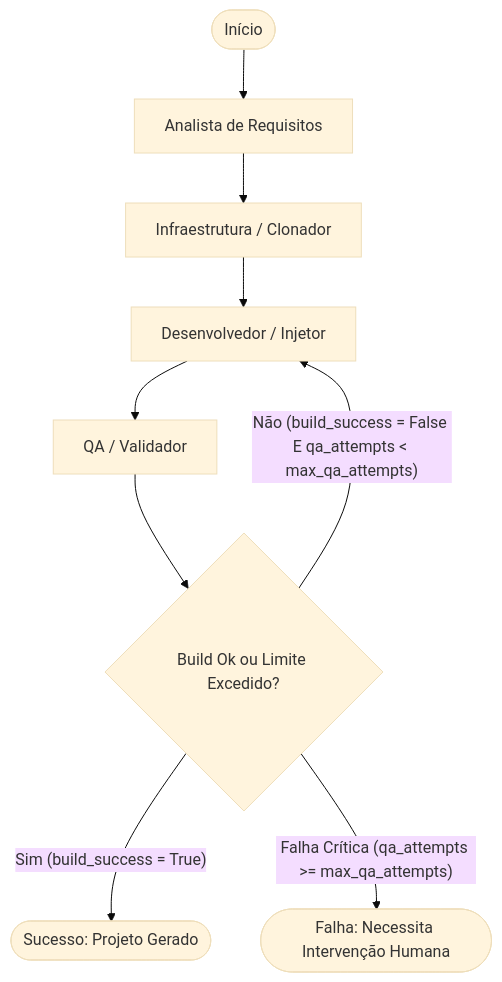
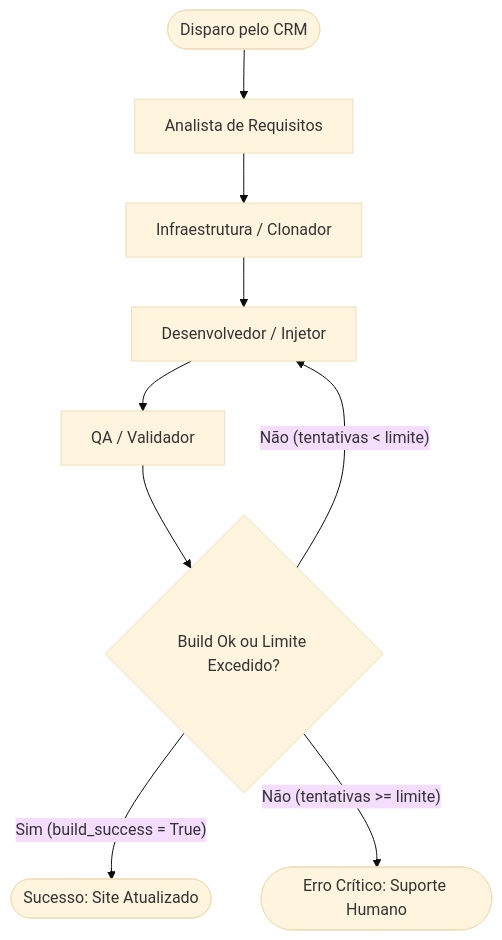
Before and after one commit to Emerson018/website_agent_orchestration: the second of 2 diagrams in ARCHITECTURE.md, drawn with Mermaid (base theme). The commit also changed other lines of this file, not shown here.

Commit message:
docs: atualizar ARCHITECTURE.md com a descricao completa do ecossistema e RAG

````diff
--- a/ARCHITECTURE.md
+++ b/ARCHITECTURE.md
@@ -170,13 +122,13 @@
 ```mermaid
 graph TD
-    Start([Início]) --> NodeAnalyst[Analista de Requisitos]
+    Start([Disparo pelo CRM]) --> NodeAnalyst[Analista de Requisitos]
     NodeAnalyst --> NodeCloner[Infraestrutura / Clonador]
     NodeCloner --> NodeDev[Desenvolvedor / Injetor]
     NodeDev --> NodeQA[QA / Validador]
     
     NodeQA --> Decision{Build Ok ou Limite Excedido?}
     
-    Decision -- Sim (build_success = True) --> EndSuccess([Sucesso: Projeto Gerado])
-    Decision -- Não (build_success = False E qa_attempts < max_qa_attempts) --> NodeDev
-    Decision -- Falha Crítica (qa_attempts >= max_qa_attempts) --> EndFailure([Falha: Necessita Intervenção Humana])
+    Decision -- Sim (build_success = True) --> EndSuccess([Sucesso: Site Atualizado])
+    Decision -- Não (tentativas < limite) --> NodeDev
+    Decision -- Não (tentativas >= limite) --> EndFailure([Erro Crítico: Suporte Humano])
 ```
````
